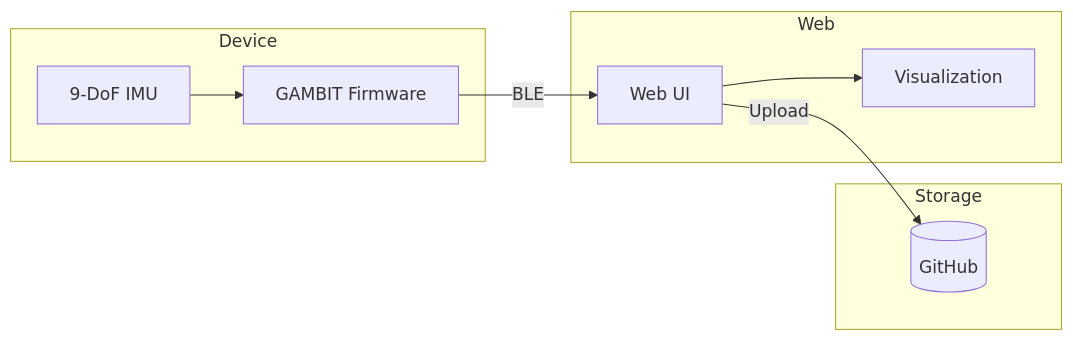
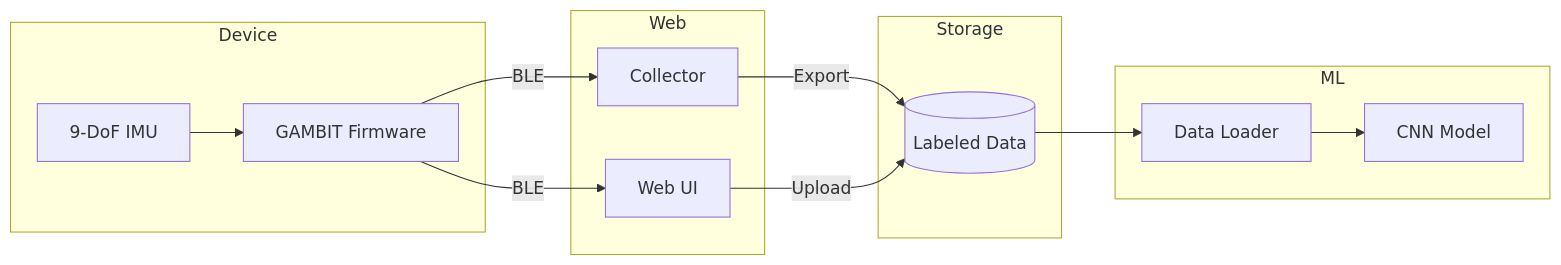
The diagram in README.md (christopherdebeer/simcap), drawn with Mermaid before and after one commit. The commit also changed other lines of this file and 10 other files, not shown here.

````diff
--- a/README.md
+++ b/README.md
@@ -11,21 +11,29 @@
 ```mermaid
 graph LR
     subgraph Device
         GAMBIT[GAMBIT Firmware]
         IMU[9-DoF IMU]
     end
 
     subgraph Web
         UI[Web UI]
-        VIZ[Visualization]
+        COLLECTOR[Collector]
+    end
+
+    subgraph ML
+        LOADER[Data Loader]
+        MODEL[CNN Model]
     end
 
     subgraph Storage
-        GH[(GitHub)]
+        DATA[(Labeled Data)]
     end
 
     IMU --> GAMBIT
     GAMBIT --> |BLE| UI
-    UI --> VIZ
-    UI --> |Upload| GH
+    GAMBIT --> |BLE| COLLECTOR
+    COLLECTOR --> |Export| DATA
+    UI --> |Upload| DATA
+    DATA --> LOADER
+    LOADER --> MODEL
 ```
````
